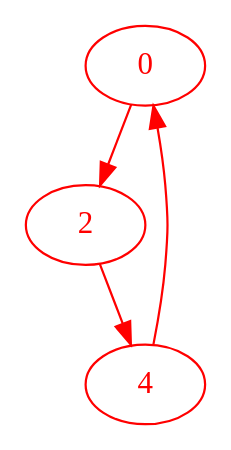
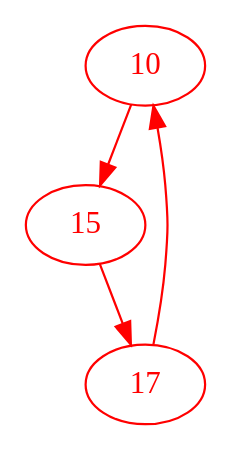
The diagram in molecules/benzanthracene/lewis/benzanthracene_4/cycle_0.dot (AdrienVaret/Benzenoids), drawn with Graphviz before and after one commit. The commit also changed 30 other files, not shown here.

```diff
--- a/molecules/benzanthracene/lewis/benzanthracene_4/cycle_0.dot
+++ b/molecules/benzanthracene/lewis/benzanthracene_4/cycle_0.dot
@@ -1,6 +1,6 @@
 digraph g{
-node [color = red, fontcolor=red]; 0 2 4 ;
-0 -> 2 [color=red] ;
-2 -> 4 [color=red] ;
-4 -> 0 [color=red] ;
+node [color = red, fontcolor=red]; 10 15 17 ;
+10 -> 15 [color=red] ;
+15 -> 17 [color=red] ;
+17 -> 10 [color=red] ;
 }
```
